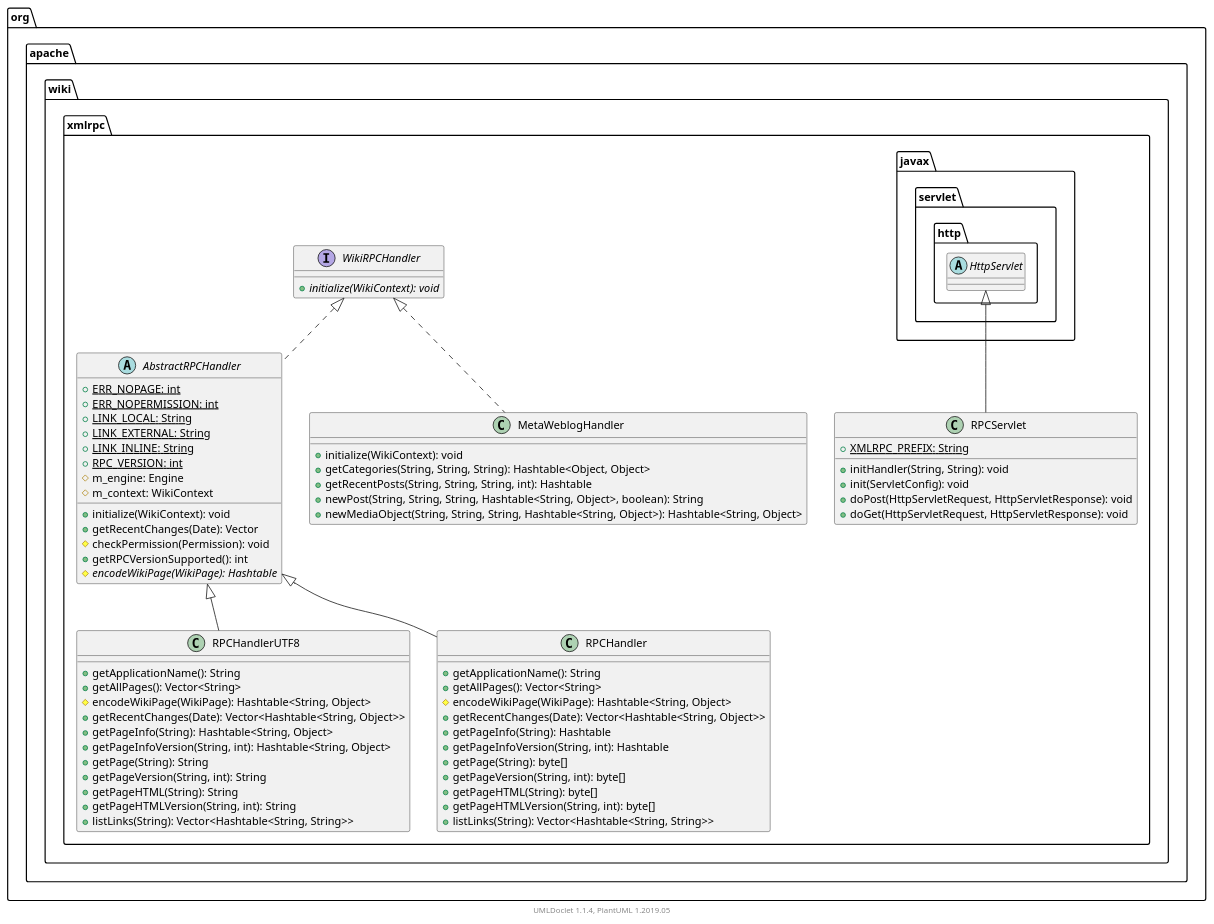
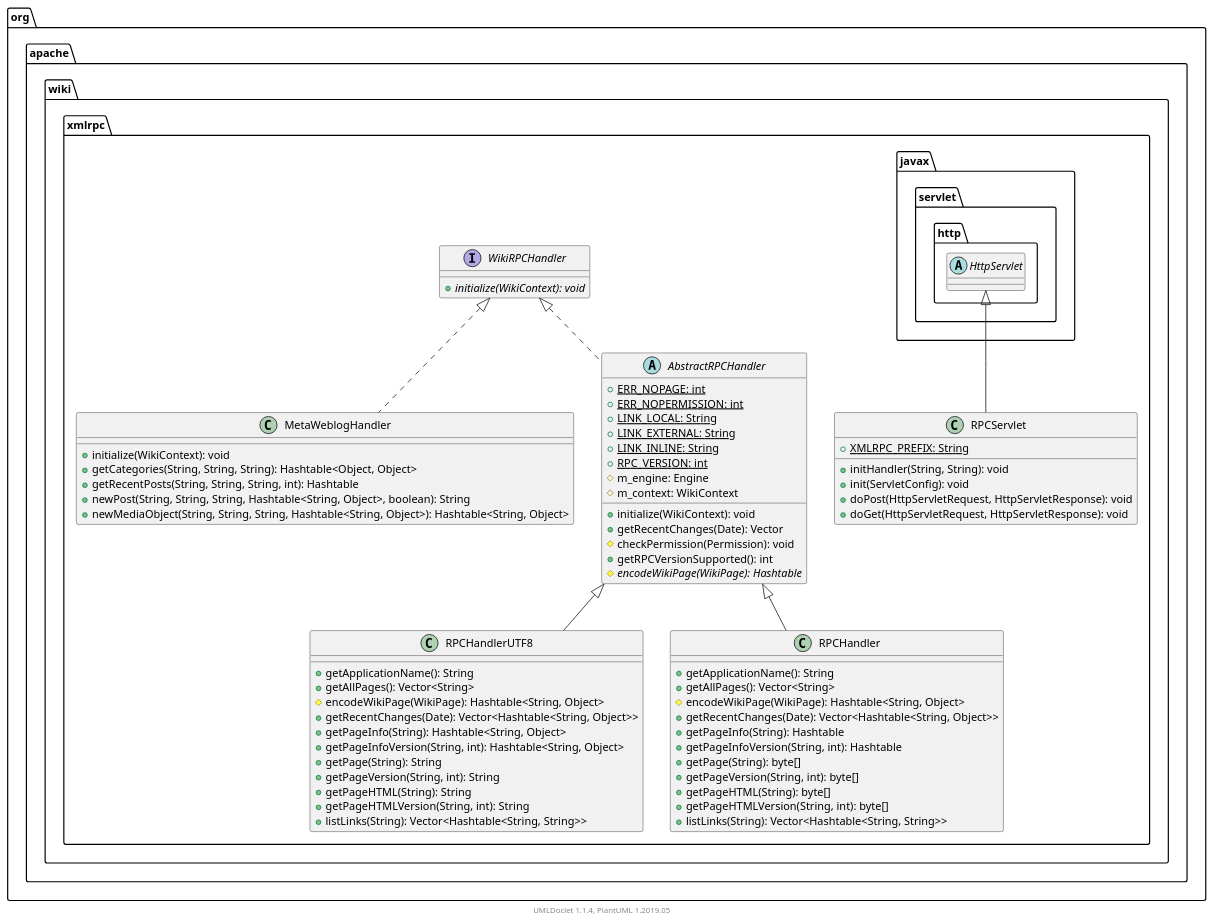
The diagram in apidocs/2.11.0.M7-SNAPSHOT/org/apache/wiki/xmlrpc/package.puml (apache/jspwiki-site), drawn with PlantUML before and after one commit. The commit also changed other lines of this file and 1207 other files, not shown here.

```diff
--- a/apidocs/2.11.0.M7-SNAPSHOT/org/apache/wiki/xmlrpc/package.puml
+++ b/apidocs/2.11.0.M7-SNAPSHOT/org/apache/wiki/xmlrpc/package.puml
@@ -1,84 +1,84 @@
 @startuml
 
     namespace org.apache.wiki.xmlrpc {
 
         class RPCServlet [[RPCServlet.html]] {
             {static} +XMLRPC_PREFIX: String
             +initHandler(String, String): void
             +init(ServletConfig): void
             +doPost(HttpServletRequest, HttpServletResponse): void
             +doGet(HttpServletRequest, HttpServletResponse): void
         }
 
+        class RPCHandlerUTF8 [[RPCHandlerUTF8.html]] {
+            +getApplicationName(): String
+            +getAllPages(): Vector<String>
+            #encodeWikiPage(WikiPage): Hashtable<String, Object>
+            +getRecentChanges(Date): Vector<Hashtable<String, Object>>
+            +getPageInfo(String): Hashtable<String, Object>
+            +getPageInfoVersion(String, int): Hashtable<String, Object>
+            +getPage(String): String
+            +getPageVersion(String, int): String
+            +getPageHTML(String): String
+            +getPageHTMLVersion(String, int): String
+            +listLinks(String): Vector<Hashtable<String, String>>
+        }
+
         interface WikiRPCHandler [[WikiRPCHandler.html]] {
             {abstract} +initialize(WikiContext): void
+        }
+
+        class RPCHandler [[RPCHandler.html]] {
+            +getApplicationName(): String
+            +getAllPages(): Vector<String>
+            #encodeWikiPage(WikiPage): Hashtable<String, Object>
+            +getRecentChanges(Date): Vector<Hashtable<String, Object>>
+            +getPageInfo(String): Hashtable
+            +getPageInfoVersion(String, int): Hashtable
+            +getPage(String): byte[]
+            +getPageVersion(String, int): byte[]
+            +getPageHTML(String): byte[]
+            +getPageHTMLVersion(String, int): byte[]
+            +listLinks(String): Vector<Hashtable<String, String>>
+        }
+
+        class MetaWeblogHandler [[MetaWeblogHandler.html]] {
+            +initialize(WikiContext): void
+            +getCategories(String, String, String): Hashtable<Object, Object>
+            +getRecentPosts(String, String, String, int): Hashtable
+            +newPost(String, String, String, Hashtable<String, Object>, boolean): String
+            +newMediaObject(String, String, String, Hashtable<String, Object>): Hashtable<String, Object>
         }
 
         abstract class AbstractRPCHandler [[AbstractRPCHandler.html]] {
             {static} +ERR_NOPAGE: int
             {static} +ERR_NOPERMISSION: int
             {static} +LINK_LOCAL: String
             {static} +LINK_EXTERNAL: String
             {static} +LINK_INLINE: String
             {static} +RPC_VERSION: int
             #m_engine: Engine
             #m_context: WikiContext
             +initialize(WikiContext): void
             +getRecentChanges(Date): Vector
             #checkPermission(Permission): void
             +getRPCVersionSupported(): int
             {abstract} #encodeWikiPage(WikiPage): Hashtable
         }
 
-        class RPCHandlerUTF8 [[RPCHandlerUTF8.html]] {
-            +getApplicationName(): String
-            +getAllPages(): Vector<String>
-            #encodeWikiPage(WikiPage): Hashtable<String, Object>
-            +getRecentChanges(Date): Vector<Hashtable<String, Object>>
-            +getPageInfo(String): Hashtable<String, Object>
-            +getPageInfoVersion(String, int): Hashtable<String, Object>
-            +getPage(String): String
-            +getPageVersion(String, int): String
-            +getPageHTML(String): String
-            +getPageHTMLVersion(String, int): String
-            +listLinks(String): Vector<Hashtable<String, String>>
-        }
-
-        class MetaWeblogHandler [[MetaWeblogHandler.html]] {
-            +initialize(WikiContext): void
-            +getCategories(String, String, String): Hashtable<Object, Object>
-            +getRecentPosts(String, String, String, int): Hashtable
-            +newPost(String, String, String, Hashtable<String, Object>, boolean): String
-            +newMediaObject(String, String, String, Hashtable<String, Object>): Hashtable<String, Object>
-        }
-
-        class RPCHandler [[RPCHandler.html]] {
-            +getApplicationName(): String
-            +getAllPages(): Vector<String>
-            #encodeWikiPage(WikiPage): Hashtable<String, Object>
-            +getRecentChanges(Date): Vector<Hashtable<String, Object>>
-            +getPageInfo(String): Hashtable
-            +getPageInfoVersion(String, int): Hashtable
-            +getPage(String): byte[]
-            +getPageVersion(String, int): byte[]
-            +getPageHTML(String): byte[]
-            +getPageHTMLVersion(String, int): byte[]
-            +listLinks(String): Vector<Hashtable<String, String>>
-        }
-
         abstract class javax.servlet.http.HttpServlet
         javax.servlet.http.HttpServlet <|-- RPCServlet
 
-        WikiRPCHandler <|.. AbstractRPCHandler
+        AbstractRPCHandler <|-- RPCHandlerUTF8
 
-        AbstractRPCHandler <|-- RPCHandlerUTF8
+        AbstractRPCHandler <|-- RPCHandler
 
         WikiRPCHandler <|.. MetaWeblogHandler
 
-        AbstractRPCHandler <|-- RPCHandler
+        WikiRPCHandler <|.. AbstractRPCHandler
 
     }
 
 
     center footer UMLDoclet 1.1.4, PlantUML 1.2019.05
 @enduml
```
